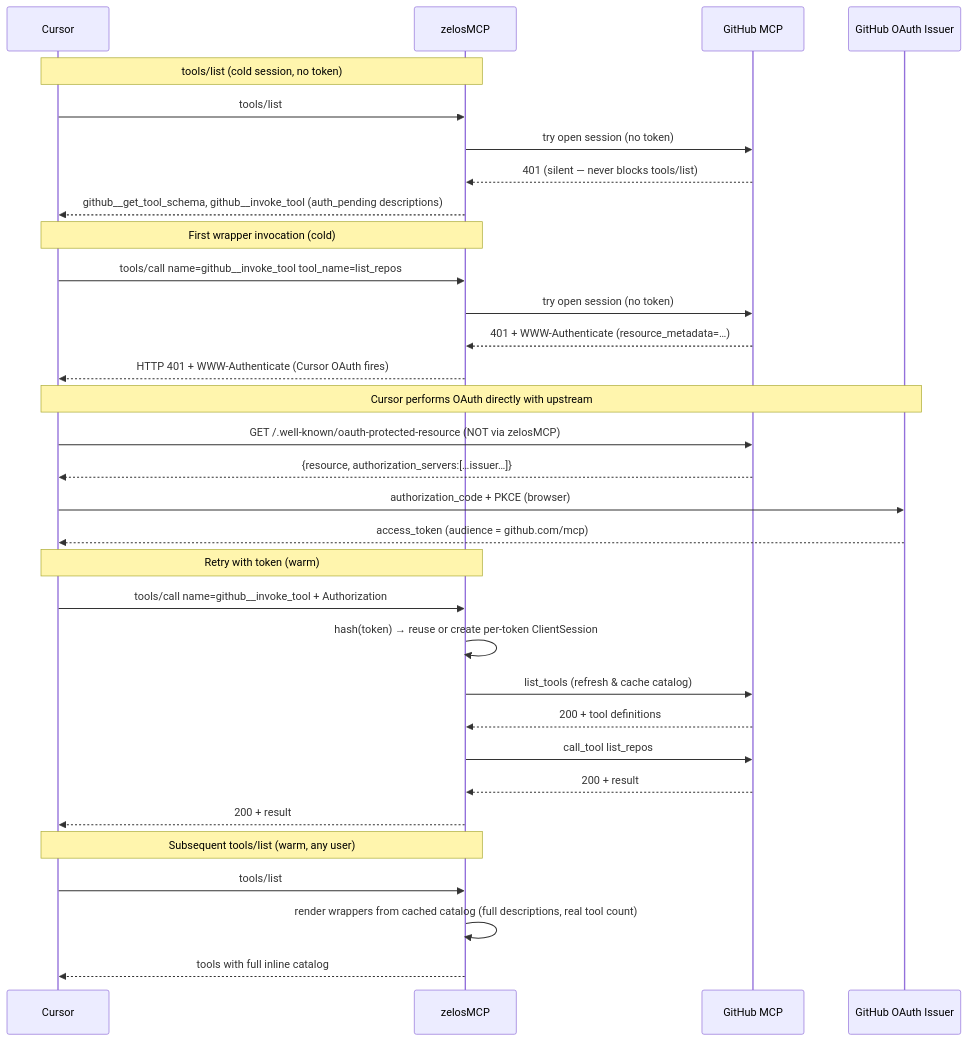
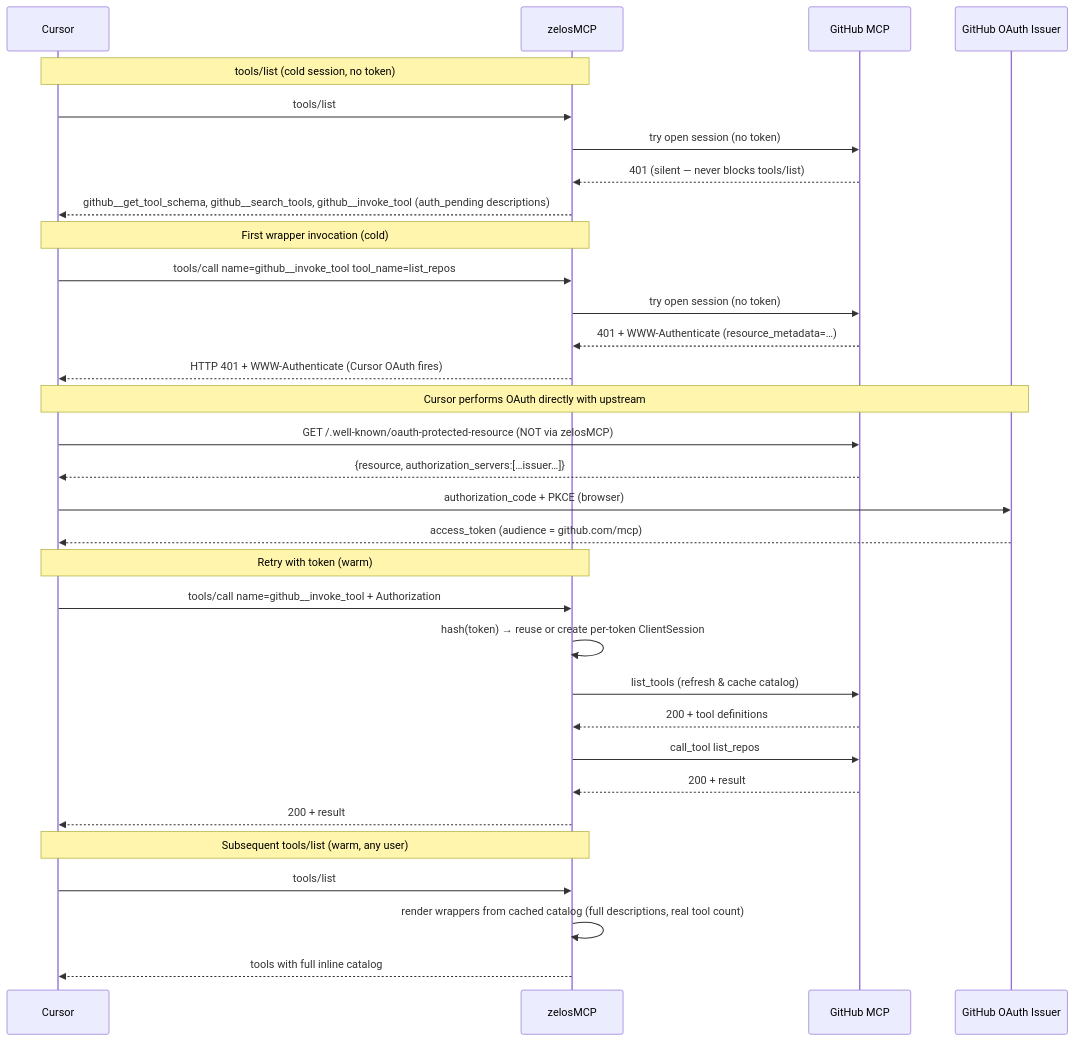
Before and after one commit to kmechlin/zelosmcp: the diagram in docs/oauth-passthrough.md, drawn with Mermaid. The commit also changed other lines of this file and 5 other files, not shown here.

````diff
--- a/docs/oauth-passthrough.md
+++ b/docs/oauth-passthrough.md
@@ -34,39 +34,39 @@
 ```mermaid
 sequenceDiagram
     participant C as Cursor
     participant Z as zelosMCP
     participant G as GitHub MCP
     participant I as GitHub OAuth Issuer
 
     Note over C,Z: tools/list (cold session, no token)
     C->>Z: tools/list
     Z->>G: try open session (no token)
     G-->>Z: 401 (silent — never blocks tools/list)
-    Z-->>C: github__get_tool_schema, github__invoke_tool (auth_pending descriptions)
+    Z-->>C: github__get_tool_schema, github__search_tools, github__invoke_tool (auth_pending descriptions)
 
     Note over C,Z: First wrapper invocation (cold)
     C->>Z: tools/call name=github__invoke_tool tool_name=list_repos
     Z->>G: try open session (no token)
     G-->>Z: 401 + WWW-Authenticate (resource_metadata=…)
     Z-->>C: HTTP 401 + WWW-Authenticate (Cursor OAuth fires)
 
     Note over C,I: Cursor performs OAuth directly with upstream
     C->>G: GET /.well-known/oauth-protected-resource (NOT via zelosMCP)
     G-->>C: {resource, authorization_servers:[…issuer…]}
     C->>I: authorization_code + PKCE (browser)
     I-->>C: access_token (audience = github.com/mcp)
 
     Note over C,Z: Retry with token (warm)
     C->>Z: tools/call name=github__invoke_tool + Authorization
     Z->>Z: hash(token) → reuse or create per-token ClientSession
     Z->>G: list_tools (refresh & cache catalog)
     G-->>Z: 200 + tool definitions
     Z->>G: call_tool list_repos
     G-->>Z: 200 + result
     Z-->>C: 200 + result
 
     Note over C,Z: Subsequent tools/list (warm, any user)
     C->>Z: tools/list
     Z->>Z: render wrappers from cached catalog (full descriptions, real tool count)
     Z-->>C: tools with full inline catalog
 ```
````
